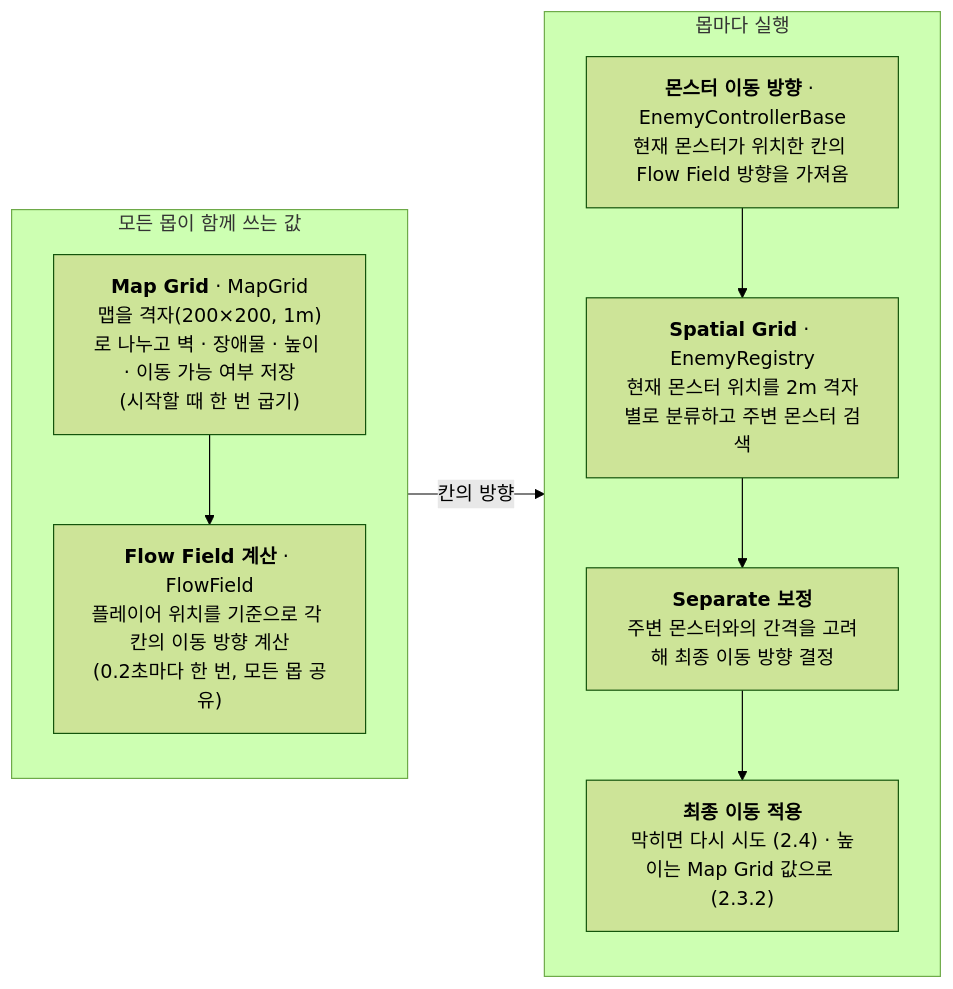
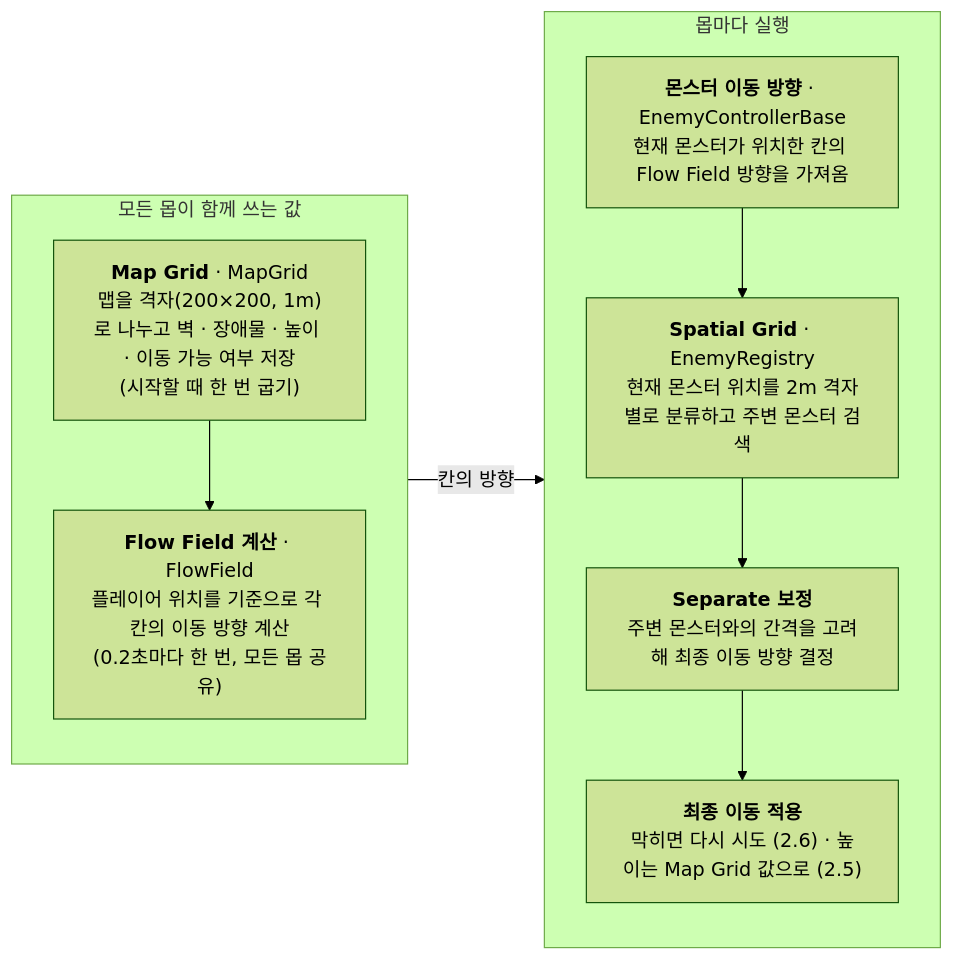
Before and after one commit to NaJungWon/portfolio: the second of 14 diagrams in src/01-project3d/기술문서.md, drawn with Mermaid (forest theme). The commit also changed other lines of this file and 30 other files, not shown here.

````diff
--- a/src/01-project3d/기술문서.md
+++ b/src/01-project3d/기술문서.md
@@ -249,18 +194,18 @@
 ```mermaid
 flowchart LR
     MG["<b>Map Grid</b> · MapGrid<br/>맵을 격자(200×200, 1m)로 나누고 벽 · 장애물 · 높이 · 이동 가능 여부 저장<br/>(시작할 때 한 번 굽기)"]
     FF["<b>Flow Field 계산</b> · FlowField<br/>플레이어 위치를 기준으로 각 칸의 이동 방향 계산<br/>(0.2초마다 한 번, 모든 몹 공유)"]
     DIR["<b>몬스터 이동 방향</b> · EnemyControllerBase<br/>현재 몬스터가 위치한 칸의 Flow Field 방향을 가져옴"]
     SG["<b>Spatial Grid</b> · EnemyRegistry<br/>현재 몬스터 위치를 2m 격자별로 분류하고 주변 몬스터 검색"]
     SEP["<b>Separate 보정</b><br/>주변 몬스터와의 간격을 고려해 최종 이동 방향 결정"]
-    MOVE["<b>최종 이동 적용</b><br/>막히면 다시 시도 (2.4) · 높이는 Map Grid 값으로 (2.3.2)"]
+    MOVE["<b>최종 이동 적용</b><br/>막히면 다시 시도 (2.6) · 높이는 Map Grid 값으로 (2.5)"]
     subgraph SHARED["모든 몹이 함께 쓰는 값"]
         direction TB
         MG --> FF
     end
     subgraph EACH["몹마다 실행"]
         direction TB
         DIR --> SG --> SEP --> MOVE
     end
     SHARED -->|"칸의 방향"| EACH
 ```
````
